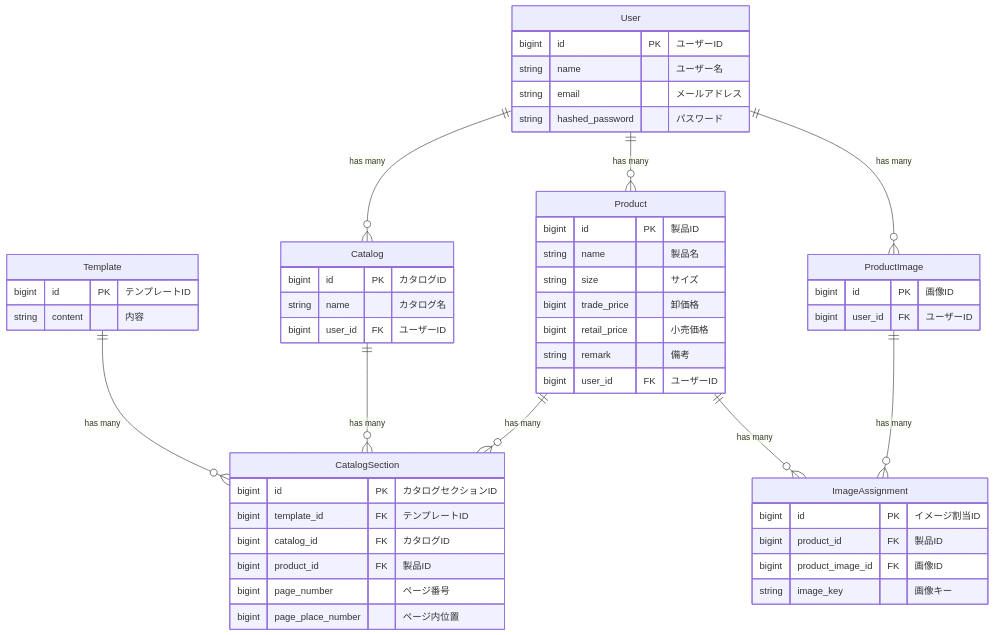
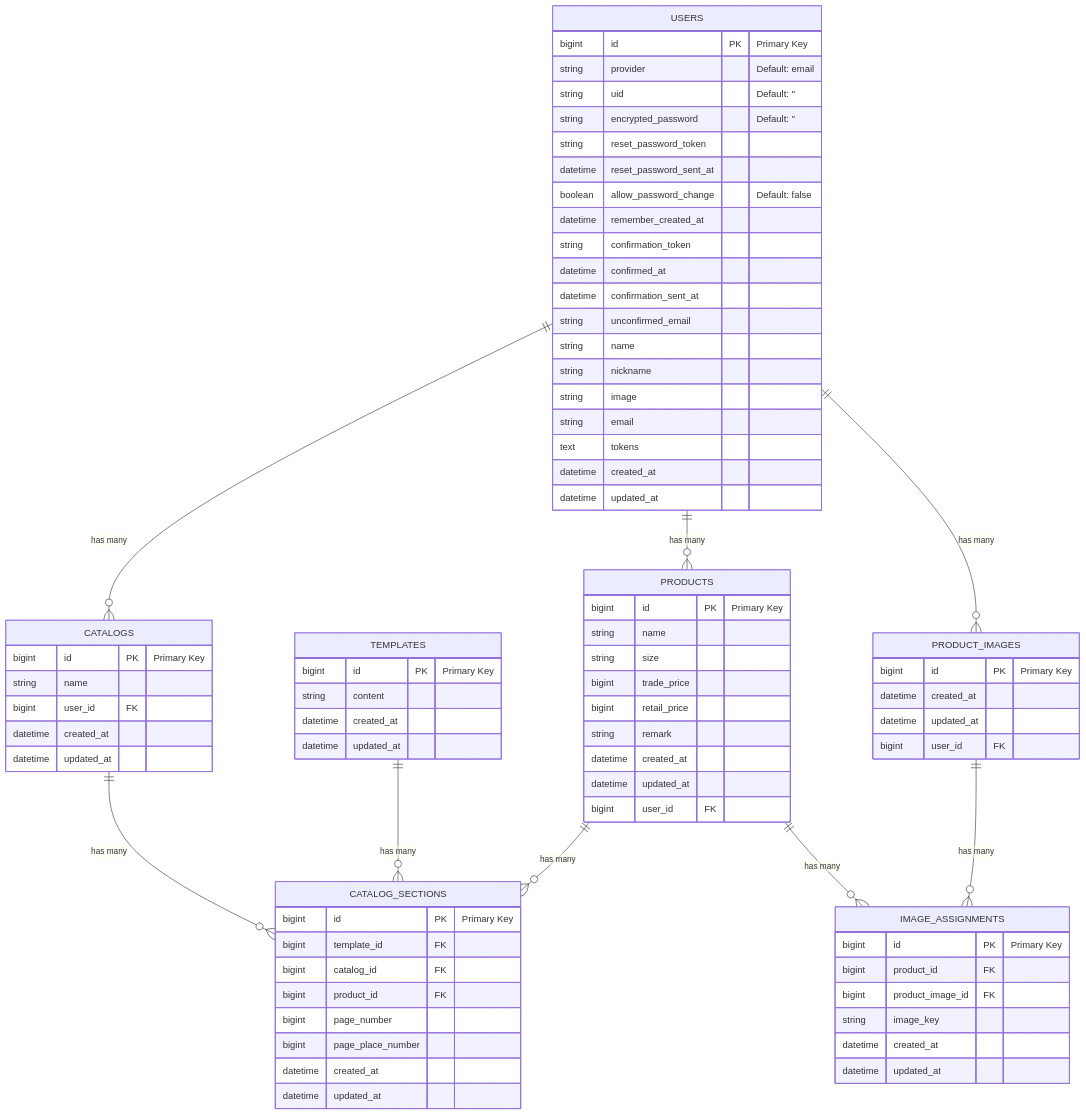
The diagram in documents/design/er.md (setodeve/CatalogEasy), drawn with Mermaid before and after one commit. The commit also changed 6 other files, not shown here.

````diff
--- a/documents/design/er.md
+++ b/documents/design/er.md
@@ -1,60 +1,87 @@
 ```mermaid
 erDiagram
-    User ||--o{ Catalog : "has many"
-    User ||--o{ Product : "has many"
-    User ||--o{ ProductImage : "has many"
-    Template ||--o{ CatalogSection : "has many"
-    Catalog ||--o{ CatalogSection : "has many"
-    Product ||--o{ CatalogSection : "has many"
-    Product ||--o{ ImageAssignment : "has many"
-    ProductImage ||--o{ ImageAssignment : "has many"
-    
-    User {
-        bigint id PK "ユーザーID"
-        string name "ユーザー名"
-        string email "メールアドレス"
-        string hashed_password "パスワード"
+    USERS {
+        bigint id PK "Primary Key"
+        string provider "Default: email"
+        string uid "Default: ''"
+        string encrypted_password "Default: ''"
+        string reset_password_token
+        datetime reset_password_sent_at
+        boolean allow_password_change "Default: false"
+        datetime remember_created_at
+        string confirmation_token
+        datetime confirmed_at
+        datetime confirmation_sent_at
+        string unconfirmed_email
+        string name
+        string nickname
+        string image
+        string email
+        text tokens
+        datetime created_at
+        datetime updated_at
     }
-    
-    Catalog {
-        bigint id PK "カタログID"
-        string name "カタログ名"
-        bigint user_id FK "ユーザーID"
+
+    PRODUCTS {
+        bigint id PK "Primary Key"
+        string name
+        string size
+        bigint trade_price
+        bigint retail_price
+        string remark
+        datetime created_at
+        datetime updated_at
+        bigint user_id FK
     }
-    
-    Product {
-        bigint id PK "製品ID"
-        string name "製品名"
-        string size "サイズ"
-        bigint trade_price "卸価格"
-        bigint retail_price "小売価格"
-        string remark "備考"
-        bigint user_id FK "ユーザーID"
+
+    CATALOGS {
+        bigint id PK "Primary Key"
+        string name
+        bigint user_id FK
+        datetime created_at
+        datetime updated_at
     }
-    
-    ProductImage {
-        bigint id PK "画像ID"
-        bigint user_id FK "ユーザーID"
+
+    PRODUCT_IMAGES {
+        bigint id PK "Primary Key"
+        datetime created_at
+        datetime updated_at
+        bigint user_id FK
     }
-    
-    Template {
-        bigint id PK "テンプレートID"
-        string content "内容"
+
+    IMAGE_ASSIGNMENTS {
+        bigint id PK "Primary Key"
+        bigint product_id FK
+        bigint product_image_id FK
+        string image_key
+        datetime created_at
+        datetime updated_at
     }
-    
-    CatalogSection {
-        bigint id PK "カタログセクションID"
-        bigint template_id FK "テンプレートID"
-        bigint catalog_id FK "カタログID"
-        bigint product_id FK "製品ID"
-        bigint page_number "ページ番号"
-        bigint page_place_number "ページ内位置"
+
+    CATALOG_SECTIONS {
+        bigint id PK "Primary Key"
+        bigint template_id FK
+        bigint catalog_id FK
+        bigint product_id FK
+        bigint page_number
+        bigint page_place_number
+        datetime created_at
+        datetime updated_at
     }
-    
-    ImageAssignment {
-        bigint id PK "イメージ割当ID"
-        bigint product_id FK "製品ID"
-        bigint product_image_id FK "画像ID"
-        string image_key "画像キー"
+
+    TEMPLATES {
+        bigint id PK "Primary Key"
+        string content
+        datetime created_at
+        datetime updated_at
     }
+
+    USERS ||--o{ PRODUCTS : "has many"
+    USERS ||--o{ CATALOGS : "has many"
+    USERS ||--o{ PRODUCT_IMAGES : "has many"
+    CATALOGS ||--o{ CATALOG_SECTIONS : "has many"
+    TEMPLATES ||--o{ CATALOG_SECTIONS : "has many"
+    PRODUCTS ||--o{ CATALOG_SECTIONS : "has many"
+    PRODUCTS ||--o{ IMAGE_ASSIGNMENTS : "has many"
+    PRODUCT_IMAGES ||--o{ IMAGE_ASSIGNMENTS : "has many"
 ```
````
